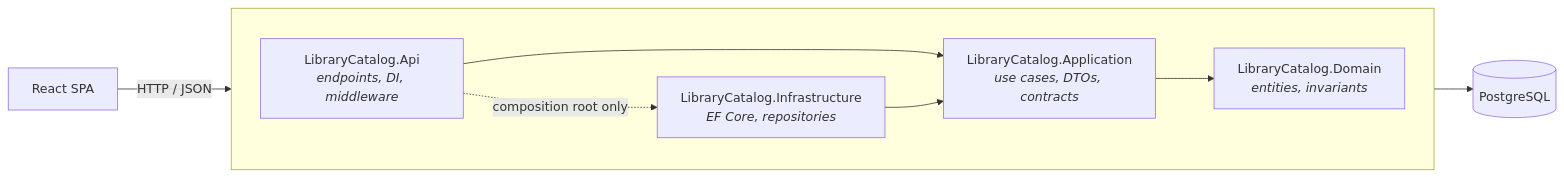
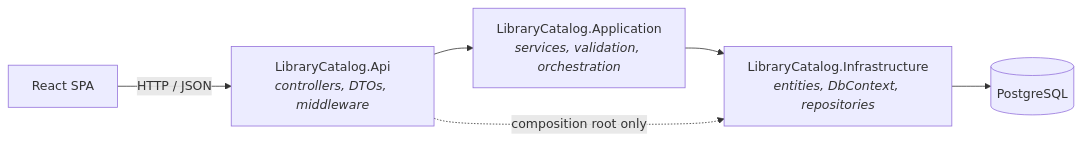
One commit to alvarolopes/library-catalog changed the first of 2 diagrams in README.md. Above: the diagram before and after it, drawn with Mermaid. The commit also changed other lines of this file, not shown here.

First line of the commit message:
Simplify backend architecture to a pragmatic three-layer split

````diff
--- a/README.md
+++ b/README.md
@@ -92,15 +92,9 @@
 ```mermaid
 flowchart LR
-    SPA["React SPA"] -->|"HTTP / JSON"| API
-
-    subgraph backend [" "]
-        direction LR
-        API["LibraryCatalog.Api<br/><i>endpoints, DI, middleware</i>"] --> APP
-        INFRA["LibraryCatalog.Infrastructure<br/><i>EF Core, repositories</i>"] --> APP
-        APP["LibraryCatalog.Application<br/><i>use cases, DTOs, contracts</i>"] --> DOM
-        DOM["LibraryCatalog.Domain<br/><i>entities, invariants</i>"]
-    end
+    SPA["React SPA"] -->|"HTTP / JSON"| API["LibraryCatalog.Api<br/><i>controllers, DTOs, middleware</i>"]
+    API --> APP["LibraryCatalog.Application<br/><i>services, validation, orchestration</i>"]
+    APP --> INFRA["LibraryCatalog.Infrastructure<br/><i>entities, DbContext, repositories</i>"]
+    INFRA --> DB[("PostgreSQL")]
 
     API -.->|"composition root only"| INFRA
-    INFRA --> DB[("PostgreSQL")]
 ```
````
